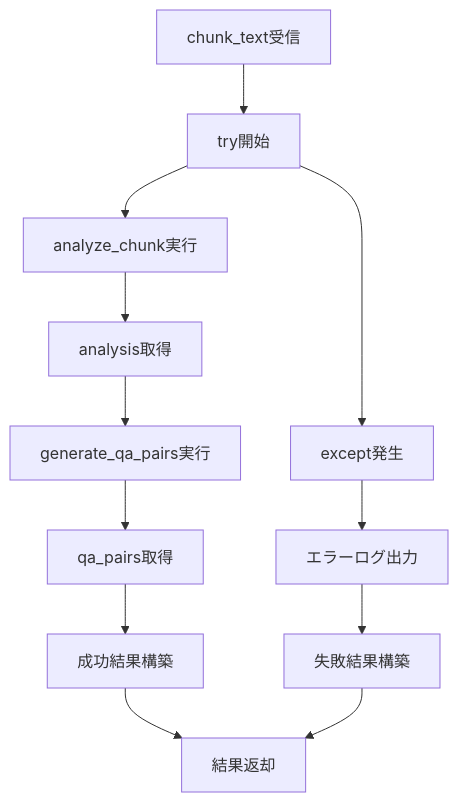
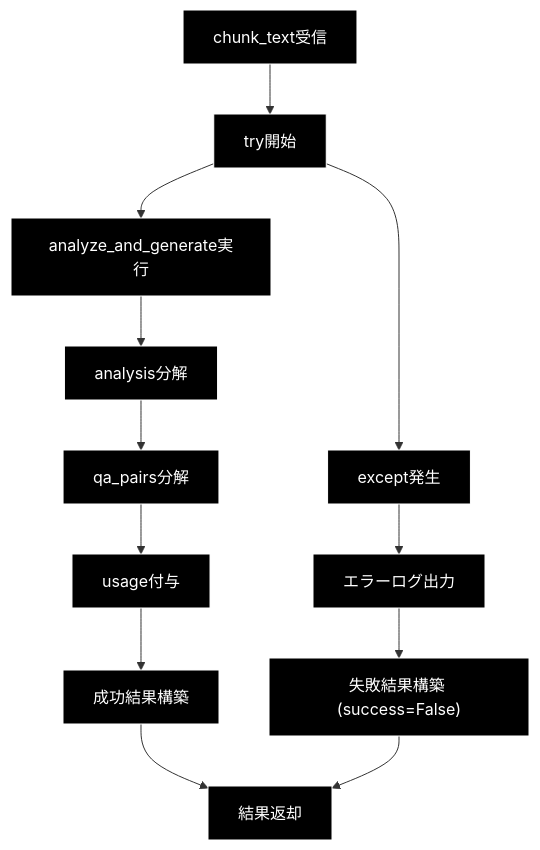
The fifth of 6 diagrams in qa_generation/doc/smart_qa_generator.md (nakashima2toshio/anthropic_grace_agent_v2), drawn with Mermaid before and after one commit. The commit also changed other lines of this file and 14 other files, not shown here.

````diff
--- a/qa_generation/doc/smart_qa_generator.md
+++ b/qa_generation/doc/smart_qa_generator.md
@@ -339,14 +281,17 @@
 ```mermaid
 flowchart TD
     A[chunk_text受信] --> B[try開始]
-    B --> C[analyze_chunk実行]
-    C --> D[analysis取得]
-    D --> E[generate_qa_pairs実行]
-    E --> F[qa_pairs取得]
+    B --> C[analyze_and_generate実行]
+    C --> D[analysis分解]
+    D --> E[qa_pairs分解]
+    E --> F[usage付与]
     F --> G[成功結果構築]
     G --> H[結果返却]
     B --> I[except発生]
     I --> J[エラーログ出力]
-    J --> K[失敗結果構築]
+    J --> K["失敗結果構築 (success=False)"]
     K --> H
+classDef default fill:#000,stroke:#fff,color:#fff
+classDef subgraphStyle fill:#1a1a1a,stroke:#fff,color:#fff
+class A,B,C,D,E,F,G,H,I,J,K default
 ```
````
